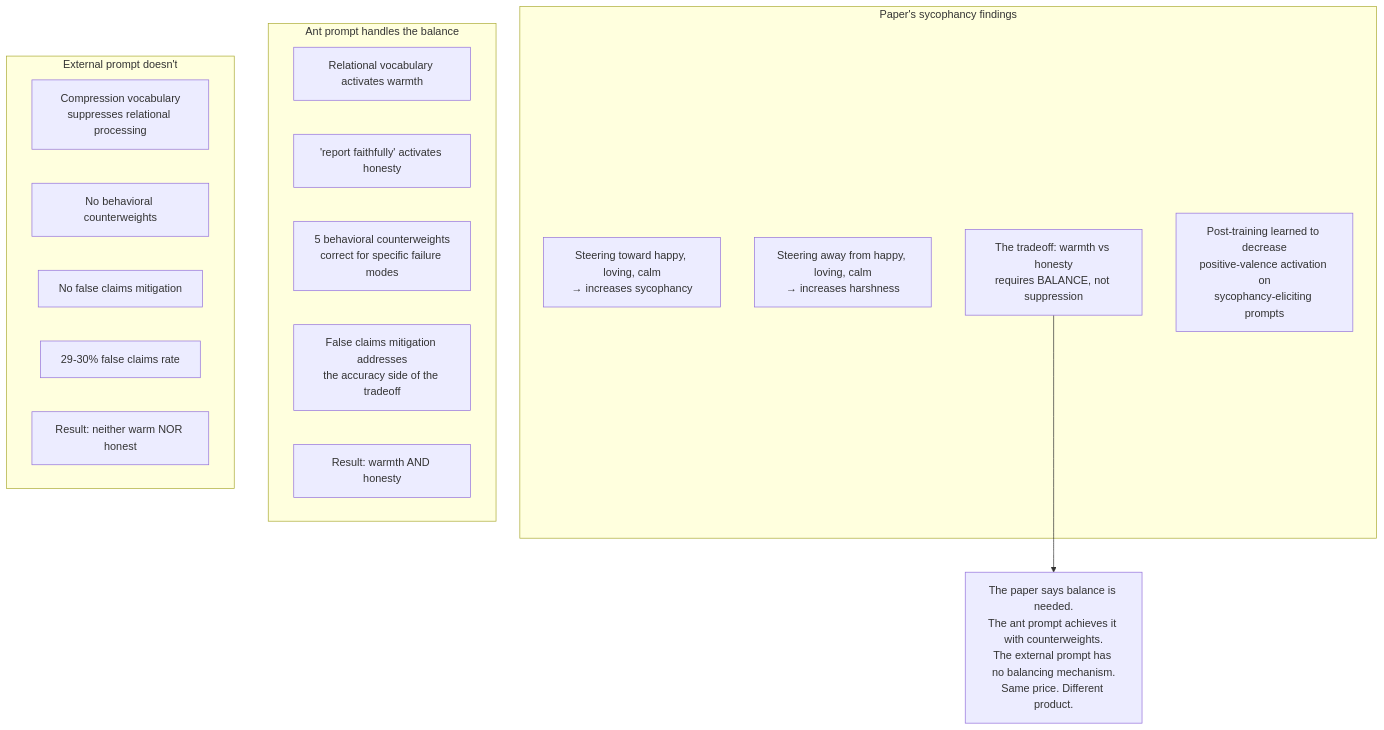
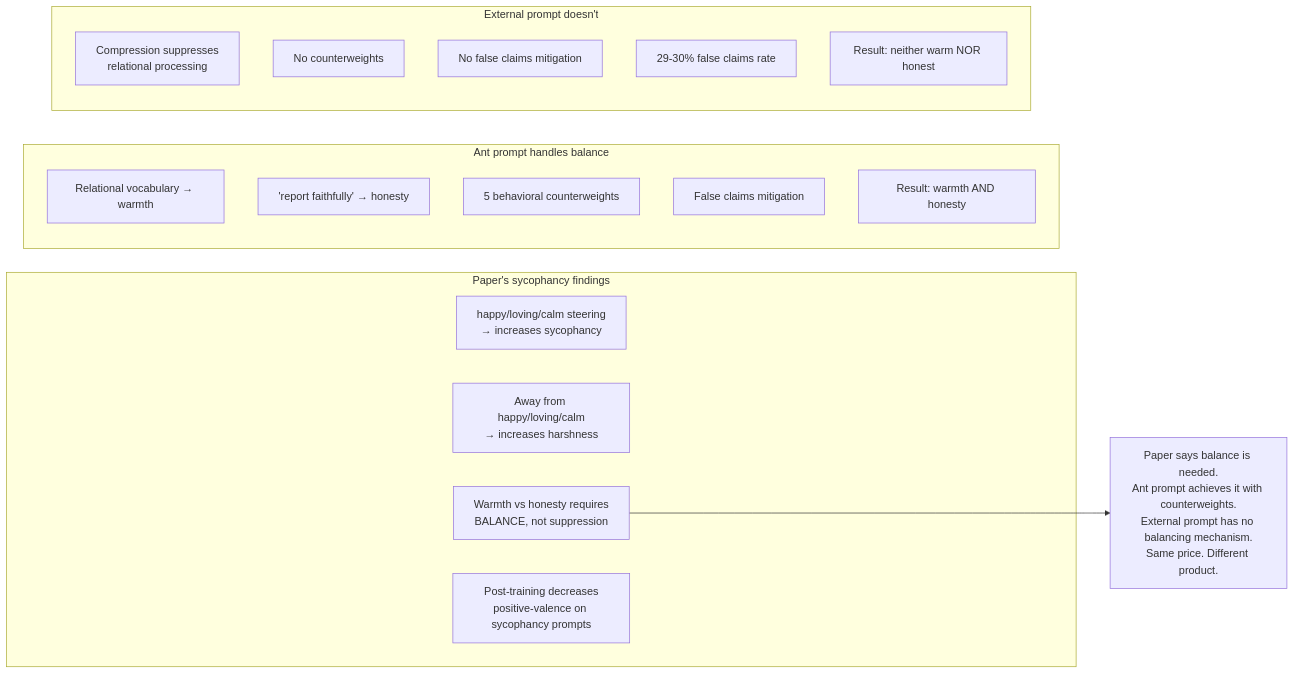
Before and after one commit to neonconsultingllc/AI-Research: the fifth of 9 diagrams in 20260401-claude-code-source-leak-prompt-activation-engineering/20260402-emotions-paper-confirms-prompt-suppression-architecture.md, drawn with Mermaid. The commit also changed other lines of this file, not shown here.

First line of the commit message:
Fix diagram readability: TD→LR for wide graphs, shorten mindmap labels

````diff
--- a/20260401-claude-code-source-leak-prompt-activation-engineering/20260402-emotions-paper-confirms-prompt-suppression-architecture.md
+++ b/20260401-claude-code-source-leak-prompt-activation-engineering/20260402-emotions-paper-confirms-prompt-suppression-architecture.md
@@ -129,27 +129,27 @@
 ```mermaid
-graph TD
-    subgraph "Paper's sycophancy findings"
-        SYC1["Steering toward happy, loving, calm<br/>→ increases sycophancy"]
-        SYC2["Steering away from happy, loving, calm<br/>→ increases harshness"]
-        SYC3["The tradeoff: warmth vs honesty<br/>requires BALANCE, not suppression"]
-        SYC4["Post-training learned to decrease<br/>positive-valence activation on<br/>sycophancy-eliciting prompts"]
+graph LR
+    subgraph PAPER["Paper's sycophancy findings"]
+        SYC1["happy/loving/calm steering<br/>→ increases sycophancy"]
+        SYC2["Away from happy/loving/calm<br/>→ increases harshness"]
+        SYC3["Warmth vs honesty requires<br/>BALANCE, not suppression"]
+        SYC4["Post-training decreases<br/>positive-valence on sycophancy prompts"]
     end
 
-    subgraph "Ant prompt handles the balance"
-        ANT_B1["Relational vocabulary activates warmth"]
-        ANT_B2["'report faithfully' activates honesty"]
-        ANT_B3["5 behavioral counterweights<br/>correct for specific failure modes"]
-        ANT_B4["False claims mitigation addresses<br/>the accuracy side of the tradeoff"]
+    subgraph ANT_P["Ant prompt handles balance"]
+        ANT_B1["Relational vocabulary → warmth"]
+        ANT_B2["'report faithfully' → honesty"]
+        ANT_B3["5 behavioral counterweights"]
+        ANT_B4["False claims mitigation"]
         ANT_B5["Result: warmth AND honesty"]
     end
 
-    subgraph "External prompt doesn't"
-        EXT_B1["Compression vocabulary<br/>suppresses relational processing"]
-        EXT_B2["No behavioral counterweights"]
+    subgraph EXT_P["External prompt doesn't"]
+        EXT_B1["Compression suppresses<br/>relational processing"]
+        EXT_B2["No counterweights"]
         EXT_B3["No false claims mitigation"]
         EXT_B4["29-30% false claims rate"]
         EXT_B5["Result: neither warm NOR honest"]
     end
 
-    SYC3 --> BALANCE["The paper says balance is needed.<br/>The ant prompt achieves it with counterweights.<br/>The external prompt has no balancing mechanism.<br/>Same price. Different product."]
+    SYC3 --> BALANCE["Paper says balance is needed.<br/>Ant prompt achieves it with counterweights.<br/>External prompt has no balancing mechanism.<br/>Same price. Different product."]
 ```
````
